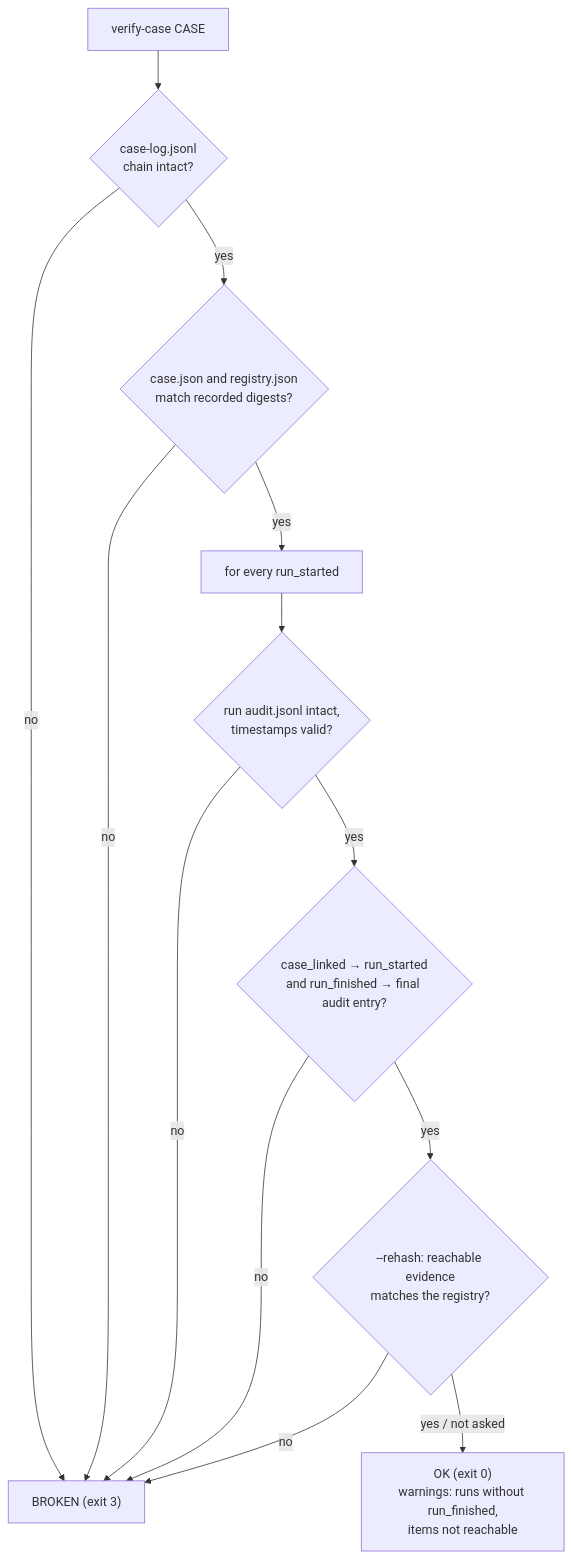
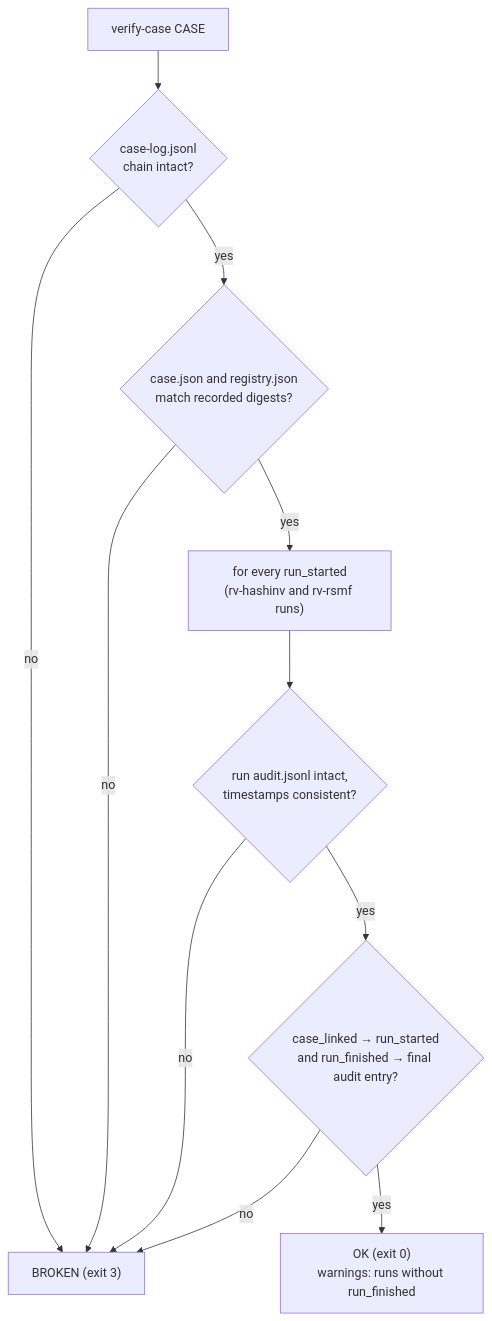
One commit to Panacota96/rv-rsmf changed the fourth of 4 diagrams in docs/case-folder.md. Above: the diagram before and after it, drawn with Mermaid. The commit also changed other lines of this file and 12 other files, not shown here.

````diff
--- a/docs/case-folder.md
+++ b/docs/case-folder.md
@@ -136,15 +188,13 @@
 ```mermaid
 flowchart TB
     A["verify-case CASE"] --> B{"case-log.jsonl<br/>chain intact?"}
     B -- no --> X["BROKEN (exit 3)"]
     B -- yes --> C{"case.json and registry.json<br/>match recorded digests?"}
     C -- no --> X
-    C -- yes --> D["for every run_started"]
-    D --> E{"run audit.jsonl intact,<br/>timestamps valid?"}
+    C -- yes --> D["for every run_started<br/>(rv-hashinv and rv-rsmf runs)"]
+    D --> E{"run audit.jsonl intact,<br/>timestamps consistent?"}
     E -- no --> X
     E -- yes --> F{"case_linked → run_started<br/>and run_finished → final audit entry?"}
     F -- no --> X
-    F -- yes --> G{"--rehash: reachable evidence<br/>matches the registry?"}
-    G -- no --> X
-    G -- "yes / not asked" --> OK["OK (exit 0)<br/>warnings: runs without run_finished,<br/>items not reachable"]
+    F -- yes --> OK["OK (exit 0)<br/>warnings: runs without run_finished"]
 ```
````
